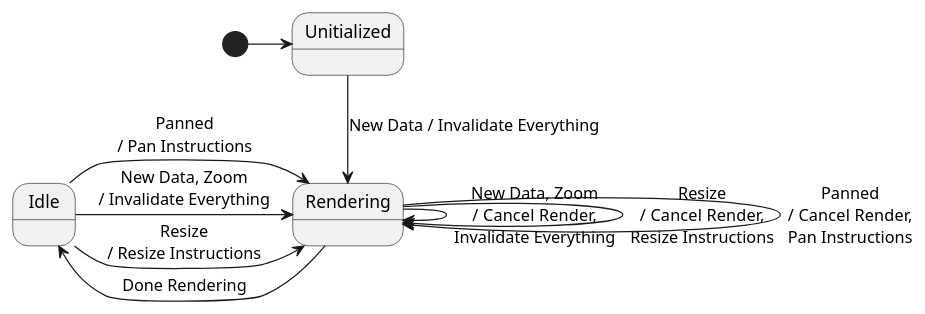
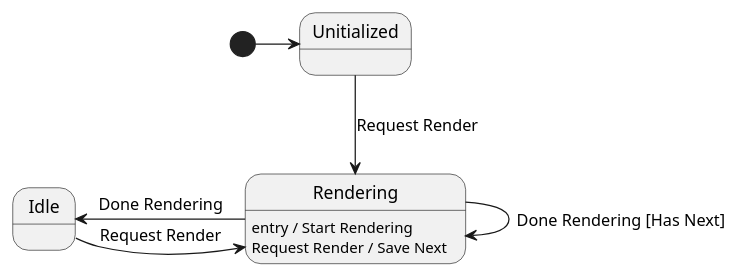
Before and after one commit to davidaramant/buddhabrot: the diagram in src/BoundaryFinder/Renderer.plantuml, drawn with PlantUML. The commit also changed 1 other file, not shown here.

```diff
--- a/src/BoundaryFinder/Renderer.plantuml
+++ b/src/BoundaryFinder/Renderer.plantuml
@@ -1,27 +1,23 @@
 @startuml Renderer
 
 ' Events:
-' - New Data
-' - Resize
-' - Zoom
-' - Panned
+' - Request Render
 ' - Done Rendering
 
 state Unitialized
 state Idle
-state Rendering
+state Rendering {
+    Rendering: entry / Start Rendering
+    Rendering: Request Render / Save Next
+}
 
 [*] -> Unitialized
 
-Unitialized -d-> Rendering : New Data / Invalidate Everything
+Unitialized -d-> Rendering : Request Render
 
-Rendering -> Rendering : New Data, Zoom\n/ Cancel Render,\nInvalidate Everything
-Rendering -> Rendering : Resize\n/ Cancel Render,\nResize Instructions
-Rendering -> Rendering : Panned\n/ Cancel Render,\nPan Instructions
 Rendering -l-> Idle : Done Rendering
+Rendering -> Rendering : Done Rendering [Has Next]
 
-Idle -> Rendering : New Data, Zoom\n/ Invalidate Everything
-Idle -> Rendering : Resize\n/ Resize Instructions
-Idle -> Rendering : Panned\n/ Pan Instructions
+Idle -> Rendering : Request Render
 
 @enduml
```
